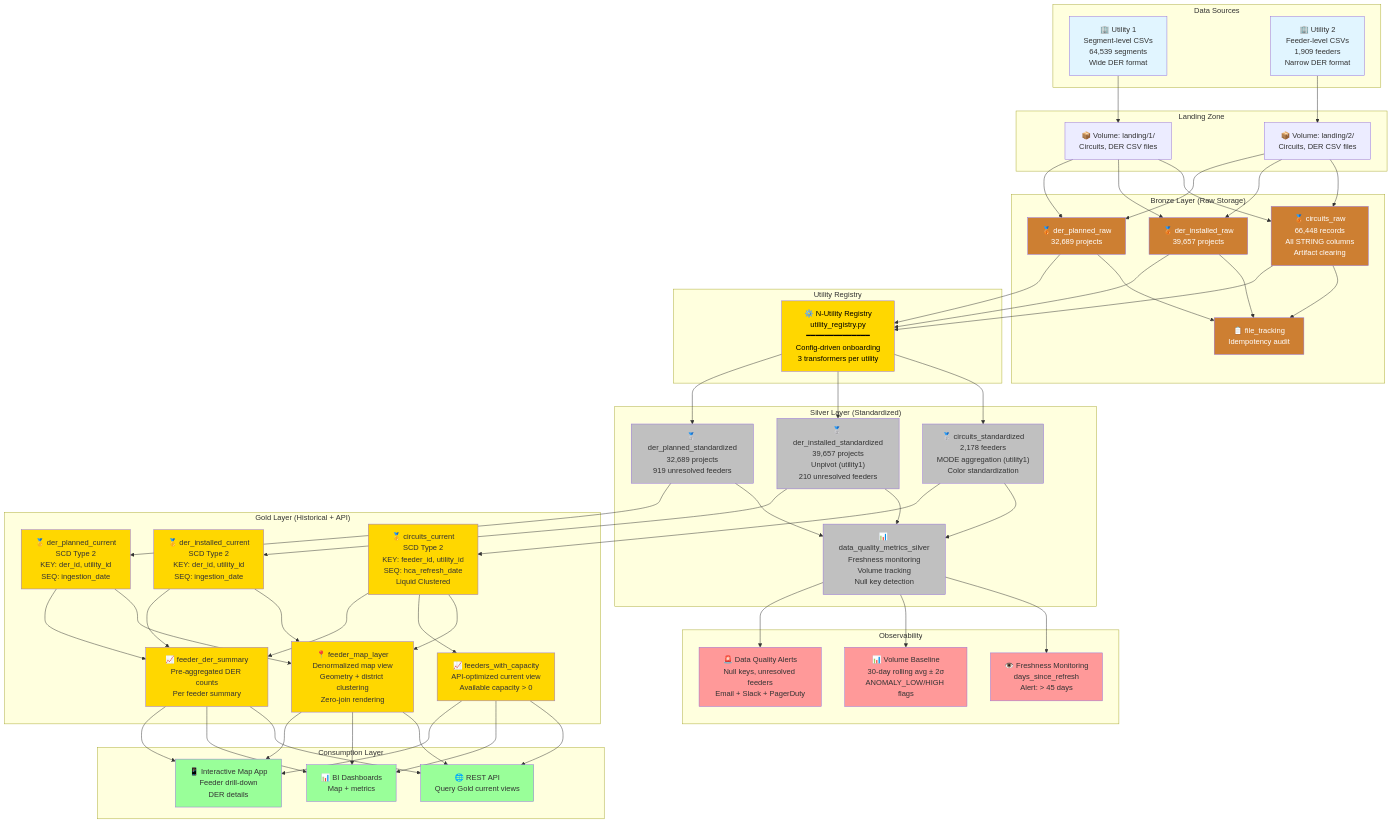
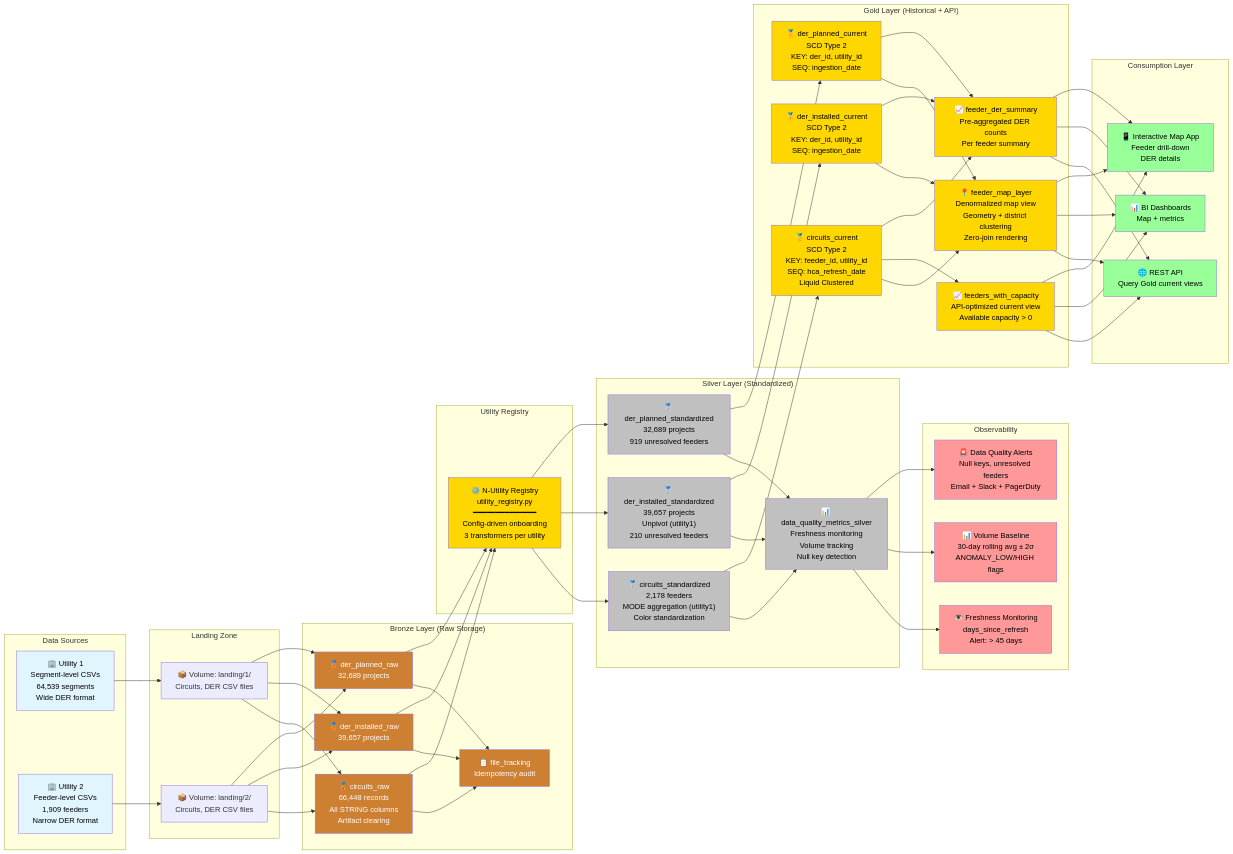
Before and after one commit to jeanpaulrd1/ny-iedr-data-platform: the first of 6 diagrams in docs/SOLUTION_ARCHITECTURE_DIAGRAM.md, drawn with Mermaid.

Commit message:
docs: Improve diagram readability with left-to-right flow and better text colors
- Changed High-Level Architecture from top-to-bottom (TB) to left-to-right (LR) flow
- Added black text color (color:#000) to all nodes for better readability:
  * Data Sources (light blue backgrounds)
  * Silver Layer (gray backgrounds)
  * Gold Layer (gold backgrounds)
  * Observability (red backgrounds)
  * Consumption Layer (green backgrounds)
- Bronze layer nodes retain white text (color:#fff) on dark bronze backgrounds
- Registry node retains black text on gold background

Better visual flow: Sources → Landing → Bronze → Registry → Silver → Gold → Consumption
Improved contrast and readability across all diagram sections.

````diff
--- a/docs/SOLUTION_ARCHITECTURE_DIAGRAM.md
+++ b/docs/SOLUTION_ARCHITECTURE_DIAGRAM.md
@@ -5,5 +5,5 @@
 ```mermaid
-graph TB
+graph LR
     subgraph "Data Sources"
         U1["🏢 Utility 1<br/>Segment-level CSVs<br/>64,539 segments<br/>Wide DER format"]
         U2["🏢 Utility 2<br/>Feeder-level CSVs<br/>1,909 feeders<br/>Narrow DER format"]
@@ -108,27 +108,28 @@
     G5 --> APPS
     G6 --> APPS
 
-    style U1 fill:#e1f5ff
-    style U2 fill:#e1f5ff
+    %% Node Styling
+    style U1 fill:#e1f5ff,color:#000
+    style U2 fill:#e1f5ff,color:#000
     style B1 fill:#cd7f32,color:#fff
     style B2 fill:#cd7f32,color:#fff
     style B3 fill:#cd7f32,color:#fff
     style B4 fill:#cd7f32,color:#fff
     style REG fill:#ffd700,color:#000
-    style S1 fill:#c0c0c0
-    style S2 fill:#c0c0c0
-    style S3 fill:#c0c0c0
-    style S4 fill:#c0c0c0
-    style G1 fill:#ffd700
-    style G2 fill:#ffd700
-    style G3 fill:#ffd700
-    style G4 fill:#ffd700
-    style G5 fill:#ffd700
-    style G6 fill:#ffd700
-    style OBS1 fill:#ff9999
-    style OBS2 fill:#ff9999
-    style OBS3 fill:#ff9999
-    style API fill:#99ff99
-    style DASH fill:#99ff99
-    style APPS fill:#99ff99
+    style S1 fill:#c0c0c0,color:#000
+    style S2 fill:#c0c0c0,color:#000
+    style S3 fill:#c0c0c0,color:#000
+    style S4 fill:#c0c0c0,color:#000
+    style G1 fill:#ffd700,color:#000
+    style G2 fill:#ffd700,color:#000
+    style G3 fill:#ffd700,color:#000
+    style G4 fill:#ffd700,color:#000
+    style G5 fill:#ffd700,color:#000
+    style G6 fill:#ffd700,color:#000
+    style OBS1 fill:#ff9999,color:#000
+    style OBS2 fill:#ff9999,color:#000
+    style OBS3 fill:#ff9999,color:#000
+    style API fill:#99ff99,color:#000
+    style DASH fill:#99ff99,color:#000
+    style APPS fill:#99ff99,color:#000
 ```
````
